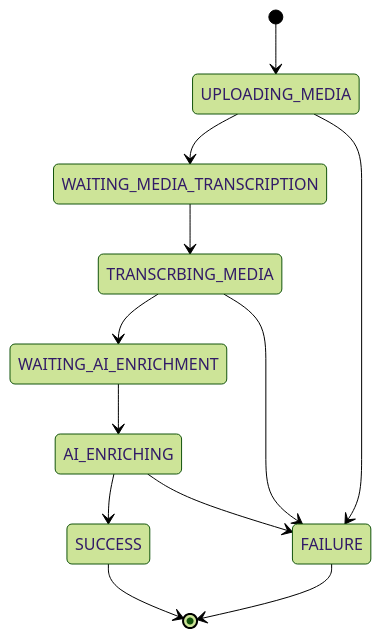
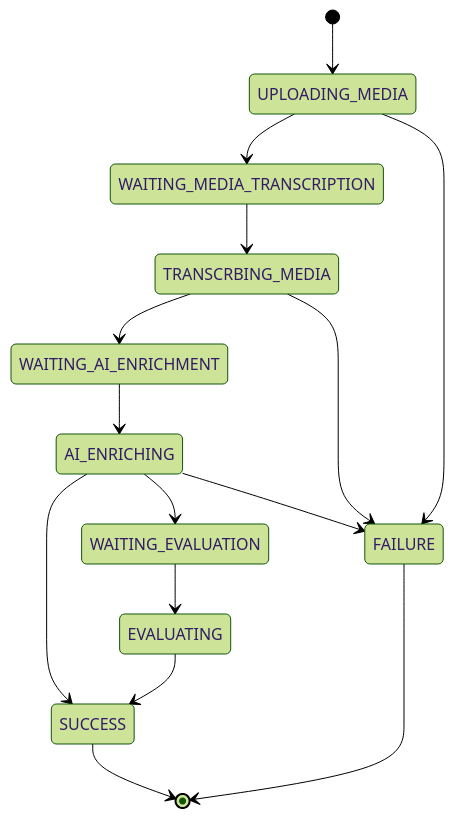
One commit to CentraleSupelec/aristote-api changed the first of 9 diagrams in docs/AristoteAPI_Client_guide.md. Above: the diagram before and after it, drawn with Mermaid (forest theme). The commit also changed other lines of this file, not shown here.

Commit message:
Updatedoc with EVALUATION states.

````diff
--- a/docs/AristoteAPI_Client_guide.md
+++ b/docs/AristoteAPI_Client_guide.md
@@ -34,14 +35,17 @@
 ```mermaid
 stateDiagram-v2
     [*] --> UPLOADING_MEDIA
     UPLOADING_MEDIA --> WAITING_MEDIA_TRANSCRIPTION
     WAITING_MEDIA_TRANSCRIPTION --> TRANSCRBING_MEDIA    
     TRANSCRBING_MEDIA --> WAITING_AI_ENRICHMENT
     WAITING_AI_ENRICHMENT --> AI_ENRICHING
     AI_ENRICHING --> SUCCESS
+    AI_ENRICHING --> WAITING_EVALUATION
+    WAITING_EVALUATION --> EVALUATING
+    EVALUATING --> SUCCESS
     AI_ENRICHING --> FAILURE
     TRANSCRBING_MEDIA --> FAILURE
     UPLOADING_MEDIA --> FAILURE
     FAILURE --> [*]
     SUCCESS --> [*]
 ```
````
